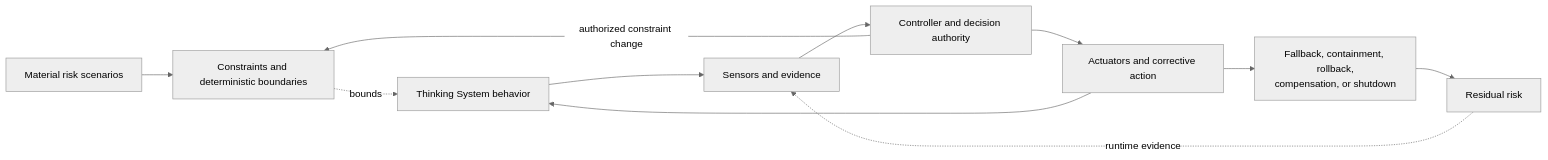
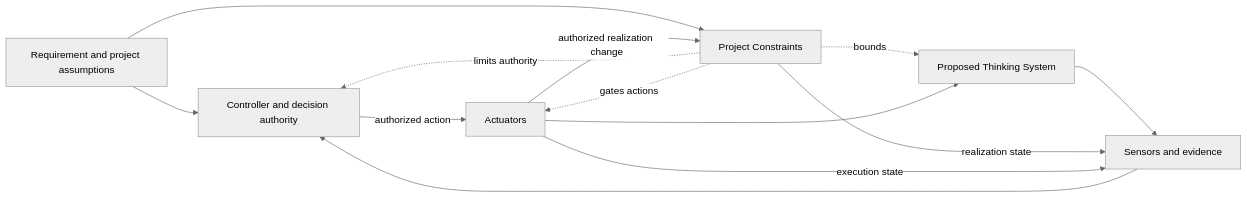
The diagram in 01-patterns/project-control-architecture-and-viability-review-template.md (UncertaintyArchitectureGroup/uncertainty-architecture), drawn with Mermaid (neutral theme) before and after one commit. The commit also changed other lines of this file, not shown here.

Commit message:
docs: centralize project constraint architecture

````diff
--- a/01-patterns/project-control-architecture-and-viability-review-template.md
+++ b/01-patterns/project-control-architecture-and-viability-review-template.md
@@ -347,18 +241,22 @@
 ```mermaid
 flowchart LR
-    R[Material risk scenarios]
-    K[Constraints and deterministic boundaries]
-    P[Thinking System behavior]
+    R[Requirement and project assumptions]
+    K[Project Constraints]
+    P[Proposed Thinking System]
     S[Sensors and evidence]
     C[Controller and decision authority]
-    A[Actuators and corrective action]
-    F[Fallback, containment, rollback,<br/>compensation, or shutdown]
-    X[Residual risk]
+    A[Actuators]
 
+    R --> C
     R --> K
     K -. bounds .-> P
-    P --> S --> C --> A --> P
-    A --> F --> X
-    X -. runtime evidence .-> S
-    C -->|authorized constraint change| K
+    K -. limits authority .-> C
+    K -. gates actions .-> A
+    P --> S
+    K -->|realization state| S
+    A -->|execution state| S
+    S --> C
+    C -->|authorized action| A
+    A --> P
+    A -->|authorized realization change| K
 ```
````
